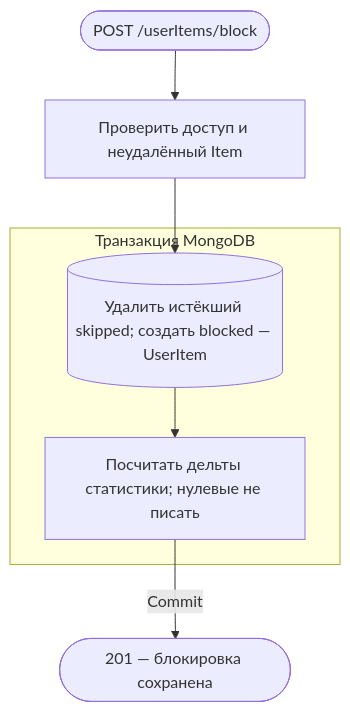
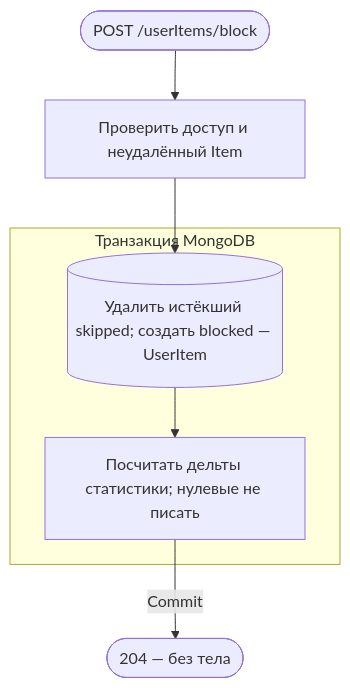
One commit to AmyGrooove/f95-tinder changed the fourth of 8 diagrams in apps/api/public/docs/api/requestFlows/userItems.md. Above: the diagram before and after it, drawn with Mermaid. The commit also changed other lines of this file and 230 other files, not shown here.

````diff
--- a/apps/api/public/docs/api/requestFlows/userItems.md
+++ b/apps/api/public/docs/api/requestFlows/userItems.md
@@ -83,12 +83,12 @@
 ```mermaid
 flowchart TD
     accTitle: Бессрочная блокировка произведения
     accDescr: Проверить Item, сохранить blocked в транзакции и вернуть ответ после commit
     A(["POST /userItems/block"]):::http --> B["Проверить доступ и неудалённый Item"]:::action
     subgraph TX["Транзакция MongoDB"]
         C[("Удалить истёкший skipped; создать blocked — UserItem")]:::data
         C --> D["Посчитать дельты статистики; нулевые не писать"]:::action
     end
     B --> C
-    D -->|Commit| R(["201 — блокировка сохранена"]):::http
+    D -->|Commit| R(["204 — без тела"]):::http
 ```
````
